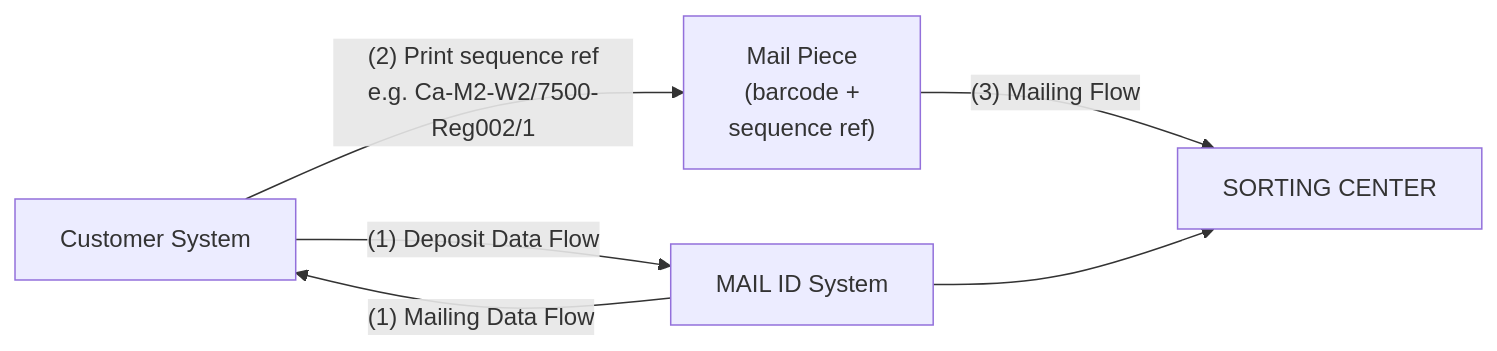
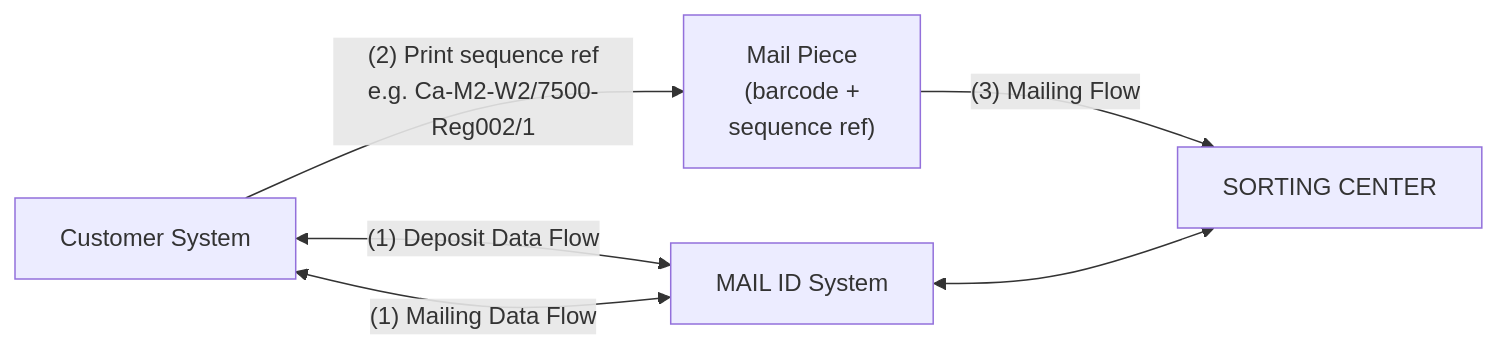
Before and after one commit to markminnoye/bpost-mcp: the diagram in docs/internal/bpost-guide/flows/round-and-sequence-flows.md, drawn with Mermaid. The commit also changed other lines of this file and 5 other files, not shown here.

First line of the commit message:
docs: remove redundant text step lists now superseded by mermaid diagrams

````diff
--- a/docs/internal/bpost-guide/flows/round-and-sequence-flows.md
+++ b/docs/internal/bpost-guide/flows/round-and-sequence-flows.md
@@ -15,13 +15,13 @@
 ```mermaid
 flowchart LR
     CS["Customer System"]
     MID["MAIL ID System"]
     SC["SORTING CENTER"]
     ENV["Mail Piece\n(barcode +\nsequence ref)"]
 
-    CS -- "(1) Deposit Data Flow" --> MID
-    MID -- "(1) Mailing Data Flow" --> CS
+    CS <-- "(1) Deposit Data Flow" --> MID
+    MID <-- "(1) Mailing Data Flow" --> CS
     CS -- "(2) Print sequence ref\ne.g. Ca-M2-W2/7500-Reg002/1" --> ENV
     ENV -- "(3) Mailing Flow" --> SC
-    MID --> SC
+    MID <--> SC
 ```
````
